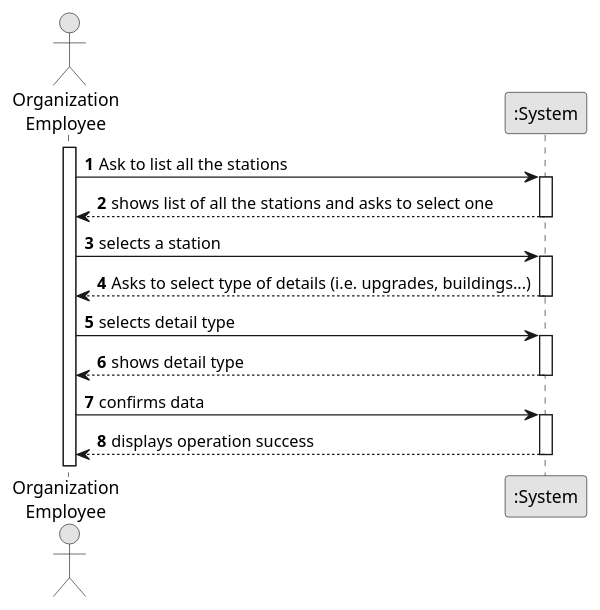
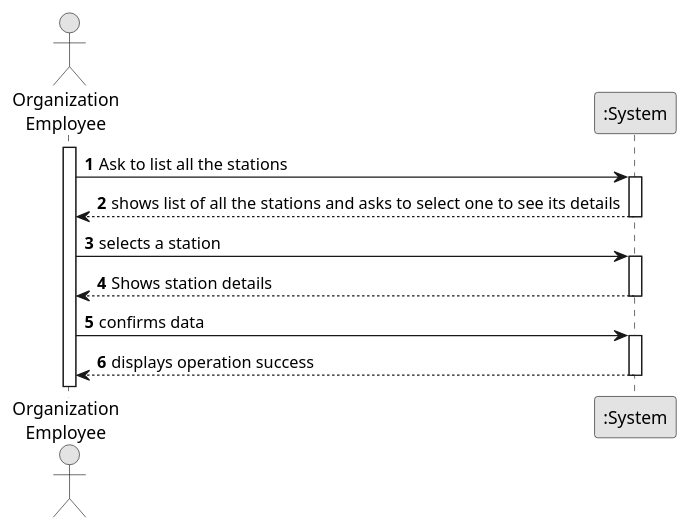
Before and after one commit to 1240826/empire-on-tracks: the diagram in docs/system-documentation/US007/01.requirements-engineering/puml/US007-SSD.puml, drawn with PlantUML. The commit also changed 3 other files, not shown here.

```diff
--- a/docs/system-documentation/US007/01.requirements-engineering/puml/US007-SSD.puml
+++ b/docs/system-documentation/US007/01.requirements-engineering/puml/US007-SSD.puml
@@ -1,36 +1,30 @@
 @startuml
 skinparam monochrome true
 skinparam packageStyle rectangle
 skinparam shadowing false
 
 autonumber
 
 actor "Organization\nEmployee" as Employee
 participant ":System" as System
 
 activate Employee
 
     Employee -> System : Ask to list all the stations
     activate System
 
-        System --> Employee : shows list of all the stations and asks to select one
+        System --> Employee : shows list of all the stations and asks to select one to see its details
     deactivate System
 
     Employee -> System : selects a station
     activate System
 
-        System --> Employee : Asks to select type of details (i.e. upgrades, buildings...)
-    deactivate System
-
-    Employee -> System : selects detail type
-    activate System
-
-        System --> Employee : shows detail type
+        System --> Employee : Shows station details
     deactivate System
 
     Employee -> System : confirms data
     activate System
 
         System --> Employee : displays operation success
     deactivate System
 @enduml
```
